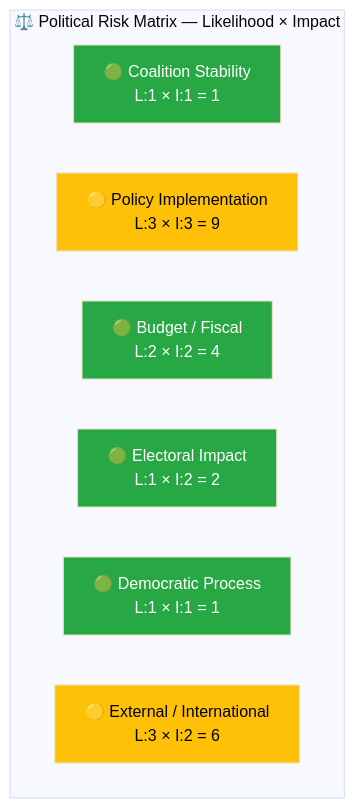
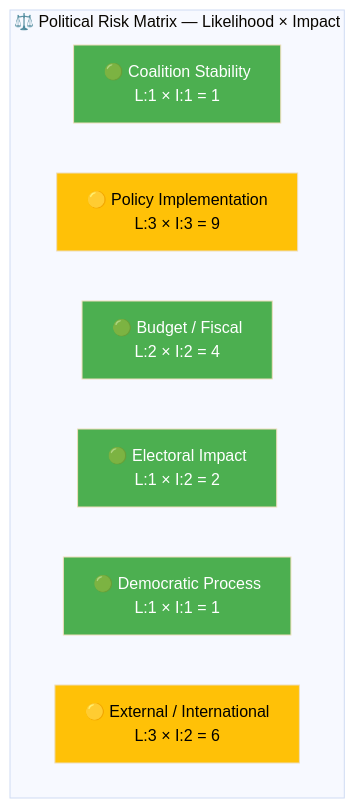
The second of 2 diagrams in analysis/daily/2026-04-06/realtime-1029/documents/hd01föu12-analysis.md (Hack23/riksdagsmonitor), drawn with Mermaid (base theme) before and after one commit. The commit also changed other lines of this file and 785 other files, not shown here.

First line of the commit message:
Normalize mermaid colors across 786 analysis artifacts to ISMS Style Guide palette

````diff
--- a/analysis/daily/2026-04-06/realtime-1029/documents/hd01föu12-analysis.md
+++ b/analysis/daily/2026-04-06/realtime-1029/documents/hd01föu12-analysis.md
@@ -75,18 +75,18 @@
 ```mermaid
 graph TD
     subgraph "⚖️ Political Risk Matrix — Likelihood × Impact"
         R1["🟢 Coalition Stability<br/>L:1 × I:1 = 1"]
         R2["🟡 Policy Implementation<br/>L:3 × I:3 = 9"]
         R3["🟢 Budget / Fiscal<br/>L:2 × I:2 = 4"]
         R4["🟢 Electoral Impact<br/>L:1 × I:2 = 2"]
         R5["🟢 Democratic Process<br/>L:1 × I:1 = 1"]
         R6["🟡 External / International<br/>L:3 × I:2 = 6"]
     end
     
-    style R1 fill:#28a745,color:#fff
-    style R2 fill:#ffc107,color:#000
-    style R3 fill:#28a745,color:#fff
-    style R4 fill:#28a745,color:#fff
-    style R5 fill:#28a745,color:#fff
-    style R6 fill:#ffc107,color:#000
+    style R1 fill:#4CAF50,color:#FFFFFF
+    style R2 fill:#FFC107,color:#000000
+    style R3 fill:#4CAF50,color:#FFFFFF
+    style R4 fill:#4CAF50,color:#FFFFFF
+    style R5 fill:#4CAF50,color:#FFFFFF
+    style R6 fill:#FFC107,color:#000000
 ```
````
